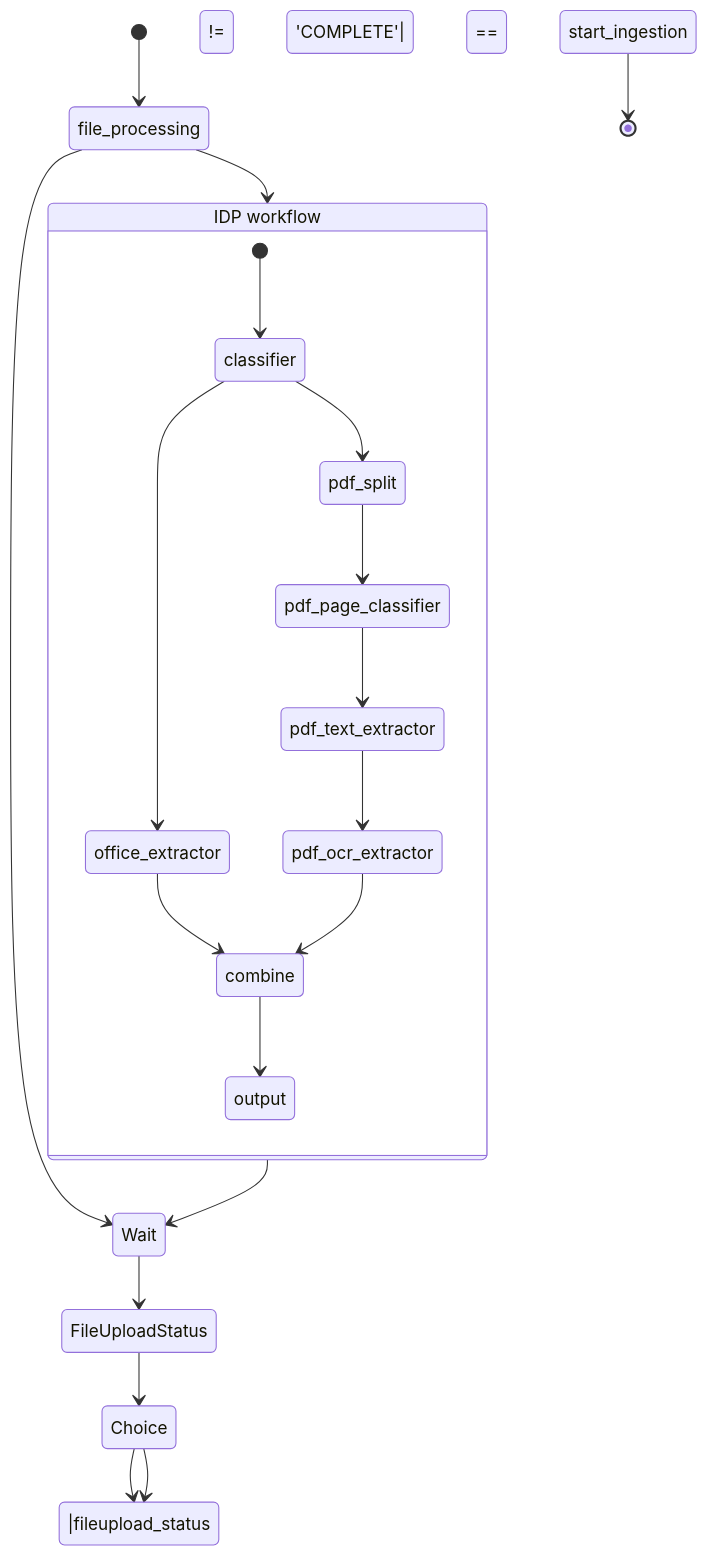
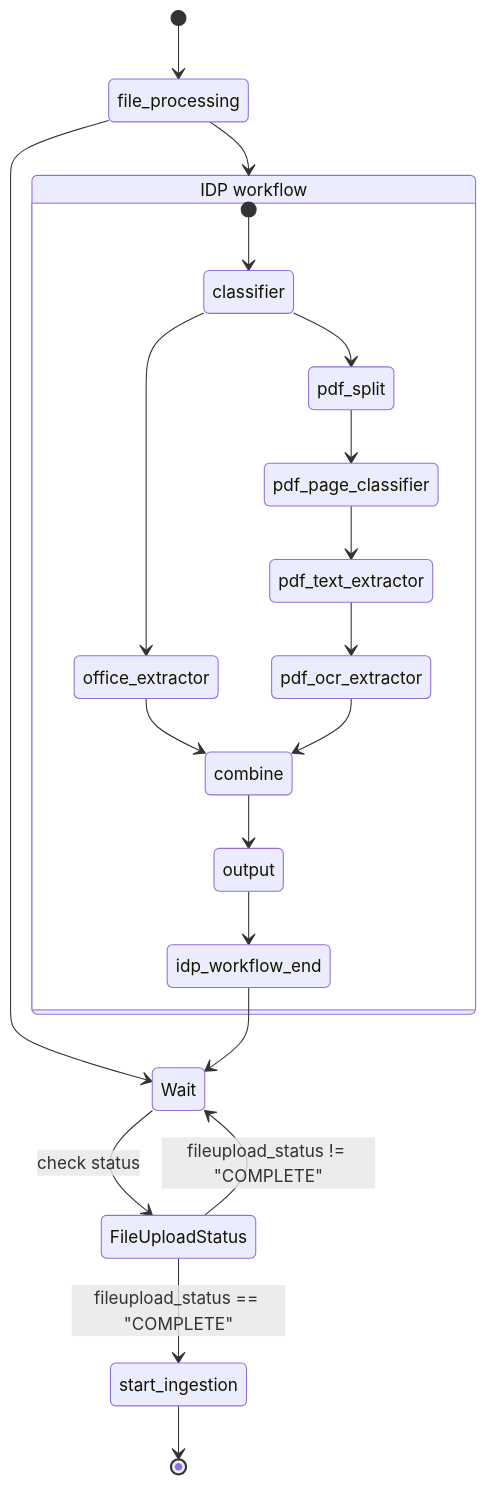
One commit to ksinha49/ai-workloads changed the diagram in docs/file_ingestion_workflow.md. Above: the diagram before and after it, drawn with Mermaid.

````diff
--- a/docs/file_ingestion_workflow.md
+++ b/docs/file_ingestion_workflow.md
@@ -8,23 +8,29 @@
 ```mermaid
 stateDiagram-v2
     [*] --> file_processing
     file_processing --> Wait
     file_processing --> idp_workflow
+
     state "IDP workflow" as idp_workflow {
         [*] --> classifier
         classifier --> office_extractor
         classifier --> pdf_split
         pdf_split --> pdf_page_classifier
         pdf_page_classifier --> pdf_text_extractor
         pdf_text_extractor --> pdf_ocr_extractor
         office_extractor --> combine
         pdf_ocr_extractor --> combine
         combine --> output
+        output --> idp_workflow_end
     }
-    idp_workflow --> Wait
-    Wait --> FileUploadStatus
-    FileUploadStatus --> Choice
-    Choice -->|fileupload_status != 'COMPLETE'| Wait
-    Choice -->|fileupload_status == 'COMPLETE'| start_ingestion
+
+    idp_workflow_end --> Wait
+
+    Wait --> FileUploadStatus : check status
+    state FileUploadStatus <<choice>>
+
+    FileUploadStatus --> Wait : fileupload_status != "COMPLETE"
+    FileUploadStatus --> start_ingestion : fileupload_status == "COMPLETE"
+
     start_ingestion --> [*]
 ```
````
